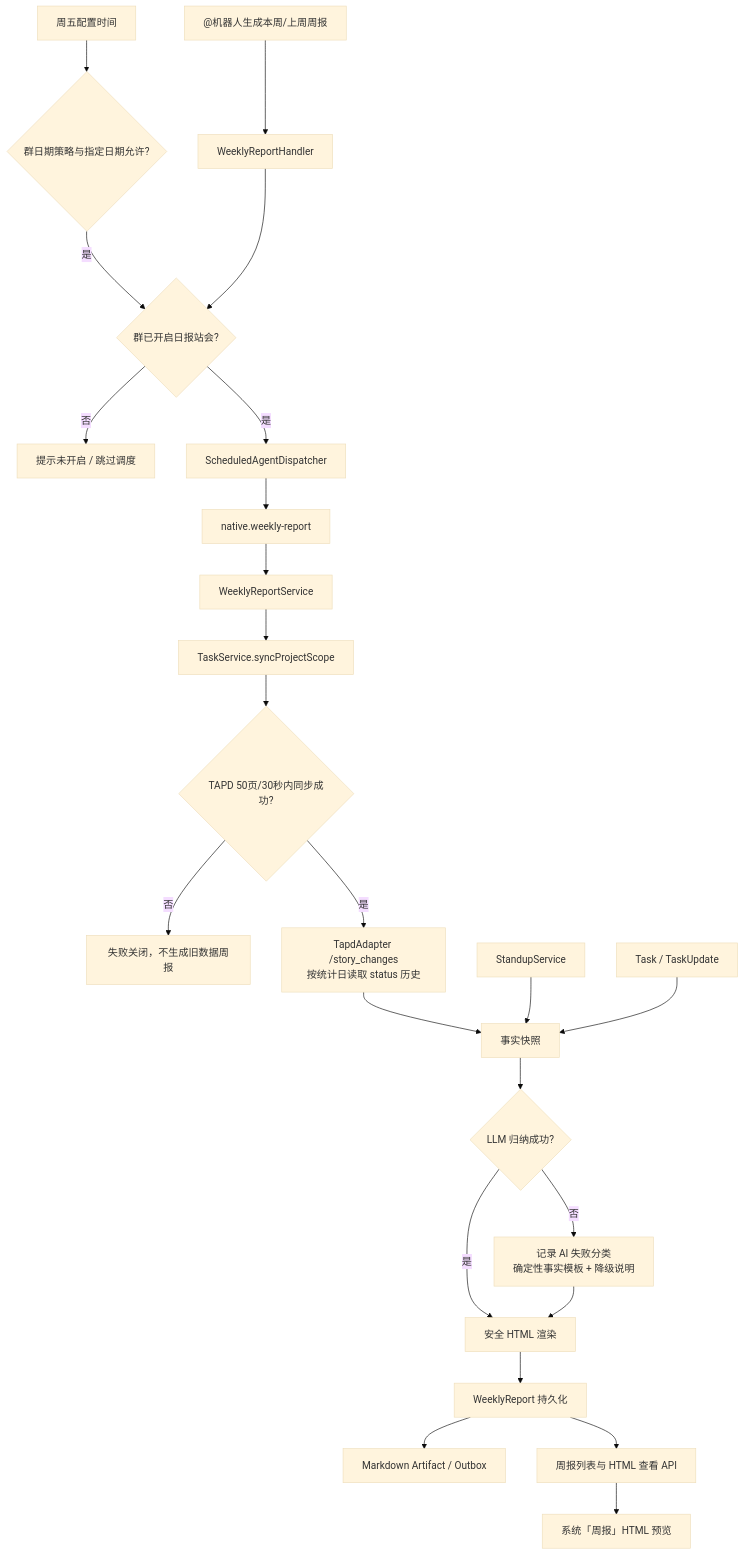
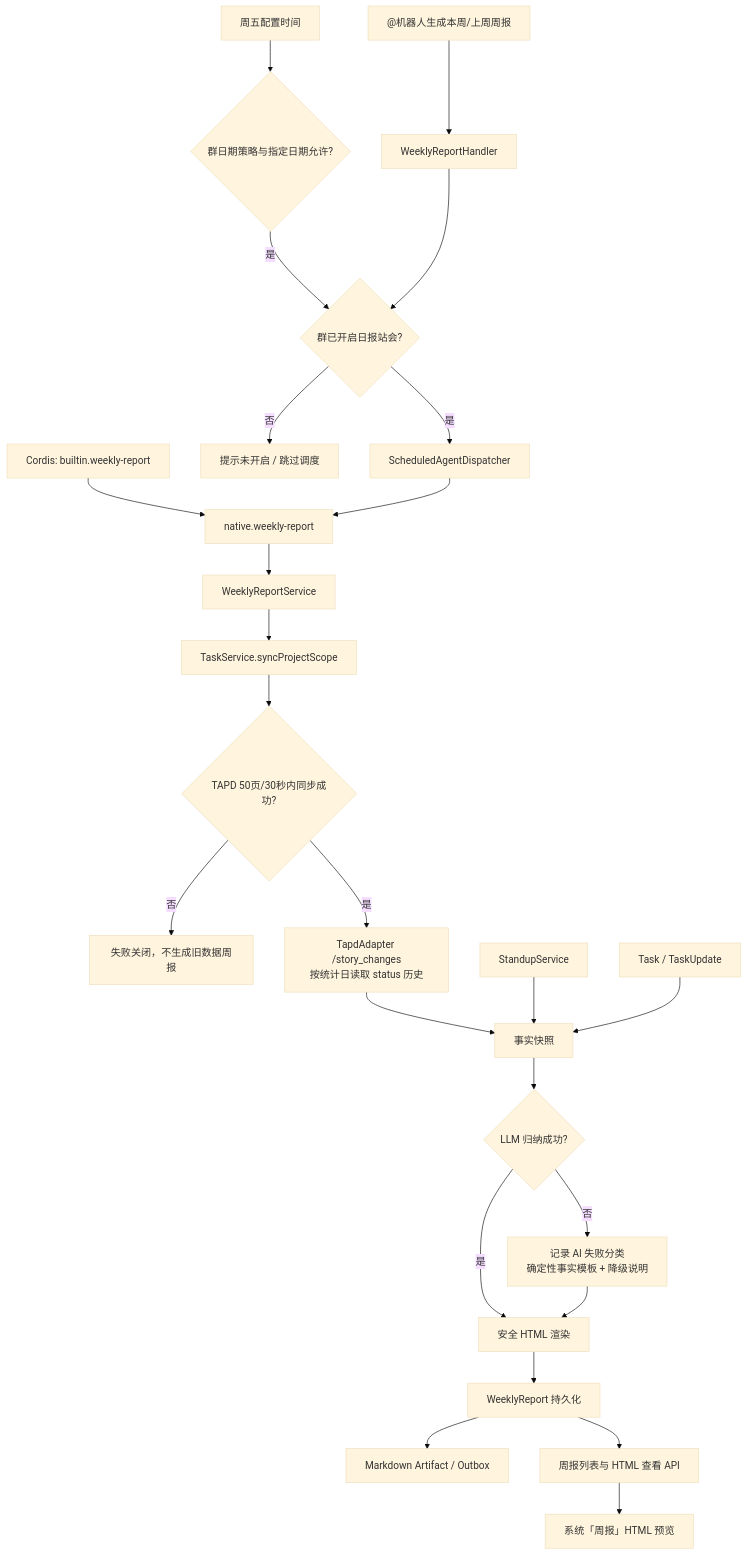
The diagram in backend/src/domains/weeklyReport/FEATURE.md (KlayPeter/AI-Delivery-Ops-Agent), drawn with Mermaid (base theme) before and after one commit. The commit also changed other lines of this file and 47 other files, not shown here.

````diff
--- a/backend/src/domains/weeklyReport/FEATURE.md
+++ b/backend/src/domains/weeklyReport/FEATURE.md
@@ -20,26 +20,27 @@
 ```mermaid
 flowchart TD
+    PL["Cordis: builtin.weekly-report"] --> A
     U["@机器人生成本周/上周周报"] --> H["WeeklyReportHandler"]
     S["周五配置时间"] --> HC{"群日期策略与指定日期允许?"}
     HC -- "是" --> G{"群已开启日报站会?"}
     H --> G
     G -- 否 --> X0["提示未开启 / 跳过调度"]
     G -- 是 --> D["ScheduledAgentDispatcher"]
     D --> A["native.weekly-report"]
     A --> W["WeeklyReportService"]
     W --> T["TaskService.syncProjectScope"]
     T --> P{"TAPD 50页/30秒内同步成功?"}
     P -- 否 --> X["失败关闭，不生成旧数据周报"]
     P -- 是 --> TH["TapdAdapter /story_changes\n按统计日读取 status 历史"]
     TH --> F["事实快照"]
     ST["StandupService"] --> F
     TU["Task / TaskUpdate"] --> F
     F --> N{"LLM 归纳成功?"}
     N -- 是 --> R["安全 HTML 渲染"]
     N -- 否 --> NF["记录 AI 失败分类<br/>确定性事实模板 + 降级说明"]
     NF --> R
     R --> DB["WeeklyReport 持久化"]
     DB --> O["Markdown Artifact / Outbox"]
     DB --> API["周报列表与 HTML 查看 API"]
     API --> UI["系统「周报」HTML 预览"]
 ```
````
